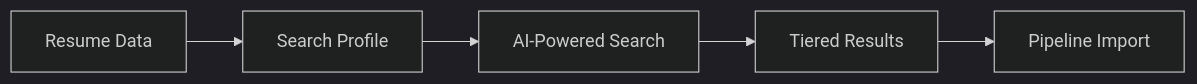
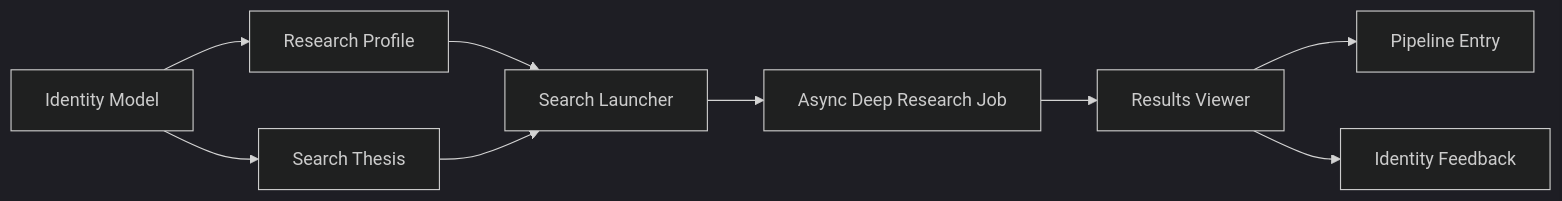
The diagram in docs/user-guides/research.md (atlas-crew/Facet), drawn with Mermaid (dark theme) before and after one commit. The commit also changed other lines of this file and 13 other files, not shown here.

Commit message:
docs(help): refresh current workspace flows

````diff
--- a/docs/user-guides/research.md
+++ b/docs/user-guides/research.md
@@ -27,7 +40,11 @@
 ```mermaid
 flowchart LR
-    A[Resume Data] --> B[Search Profile]
-    B --> C[AI-Powered Search]
-    C --> D[Tiered Results]
-    D --> E[Pipeline Import]
+    ID[Identity Model] --> P[Research Profile]
+    ID --> T[Search Thesis]
+    P --> L[Search Launcher]
+    T --> L
+    L --> J[Async Deep Research Job]
+    J --> R[Results Viewer]
+    R --> PL[Pipeline Entry]
+    R --> FB[Identity Feedback]
 ```
````
